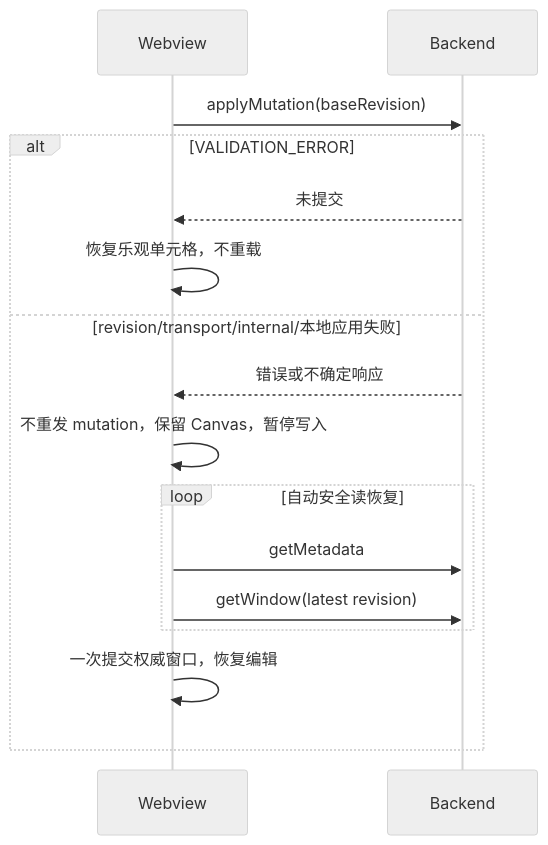
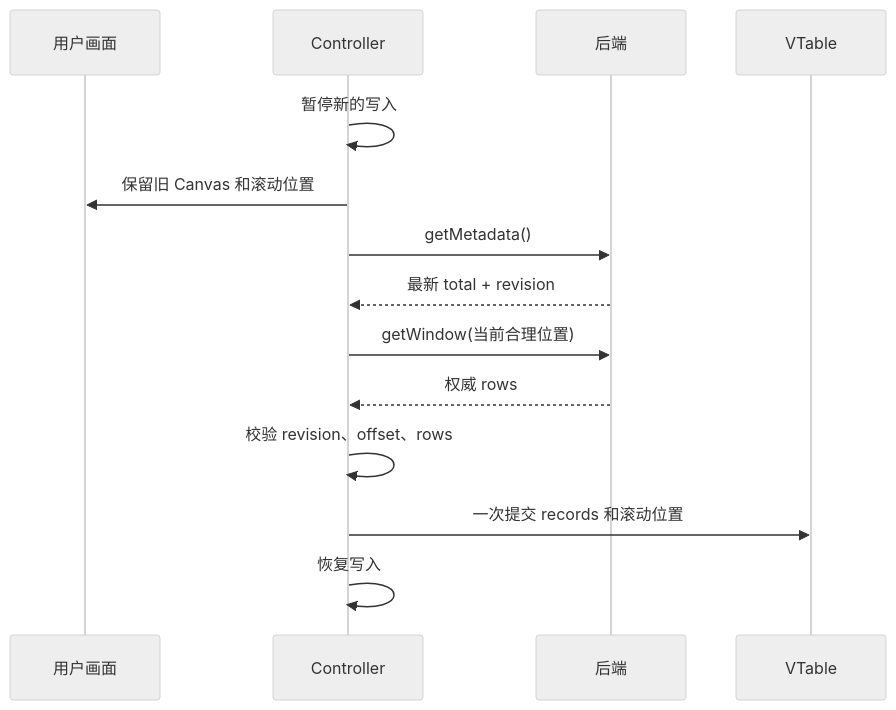
The eighth of 9 diagrams in docs/v22-lite-markdown-technical-solution.md (a306796405/huge-vtable), drawn with Mermaid (neutral theme) before and after one commit. The commit also changed other lines of this file and 8 other files, not shown here.

````diff
--- a/docs/v22-lite-markdown-technical-solution.md
+++ b/docs/v22-lite-markdown-technical-solution.md
@@ -1020,19 +700,17 @@
 ```mermaid
 sequenceDiagram
-    participant W as Webview
-    participant B as Backend
+    participant U as 用户画面
+    participant C as Controller
+    participant B as 后端
+    participant T as VTable
 
-    W->>B: applyMutation(baseRevision)
-    alt VALIDATION_ERROR
-        B-->>W: 未提交
-        W->>W: 恢复乐观单元格，不重载
-    else revision/transport/internal/本地应用失败
-        B-->>W: 错误或不确定响应
-        W->>W: 不重发 mutation，保留 Canvas，暂停写入
-        loop 自动安全读恢复
-            W->>B: getMetadata
-            W->>B: getWindow(latest revision)
-        end
-        W->>W: 一次提交权威窗口，恢复编辑
-    end
+    C->>C: 暂停新的写入
+    C->>U: 保留旧 Canvas 和滚动位置
+    C->>B: getMetadata()
+    B-->>C: 最新 total + revision
+    C->>B: getWindow(当前合理位置)
+    B-->>C: 权威 rows
+    C->>C: 校验 revision、offset、rows
+    C->>T: 一次提交 records 和滚动位置
+    C->>C: 恢复写入
 ```
````
